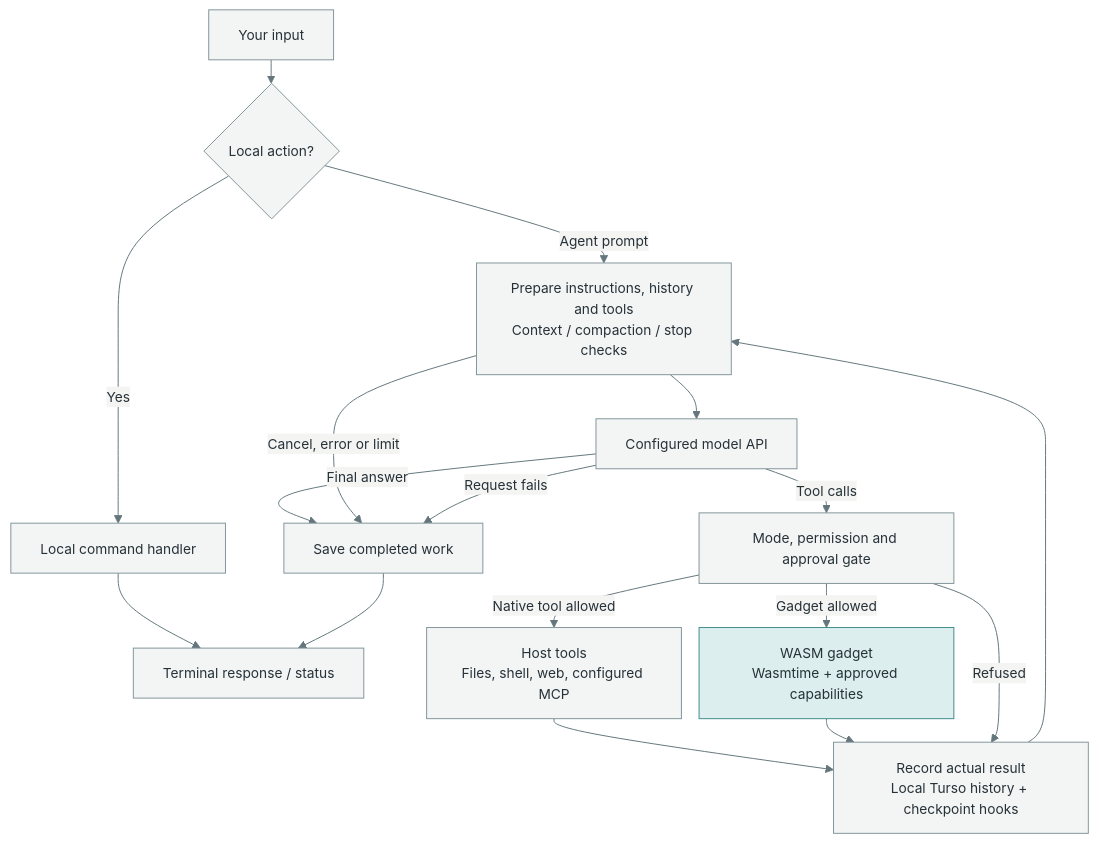
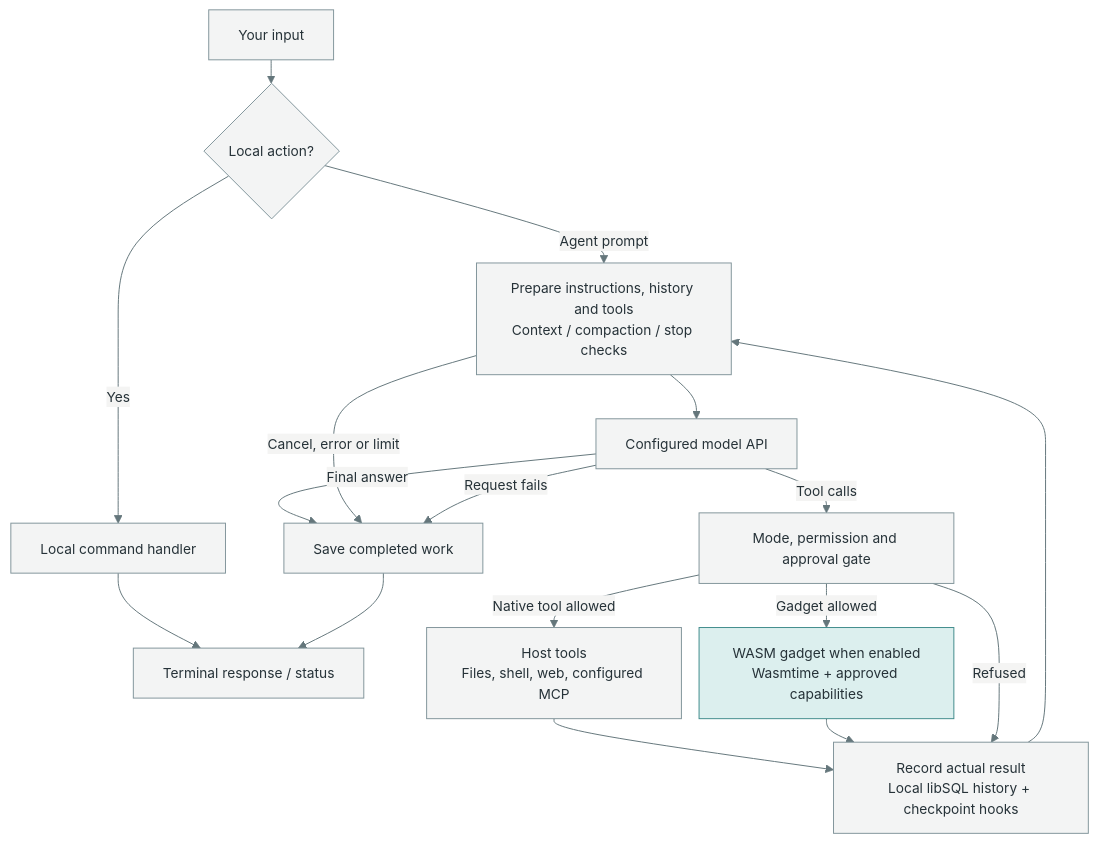
Before and after one commit to kaobei-alabo/craftsman-harness: the first of 3 diagrams in README.md, drawn with Mermaid. The commit also changed other lines of this file and 1 other file, not shown here.

Commit message:
privacy: share ordinary gadget I/O task layout and narrow README claims

````diff
--- a/README.md
+++ b/README.md
@@ -24,22 +24,22 @@
 ```mermaid
 %%{init: {"theme":"base","themeVariables":{"primaryColor":"#f3f4f4","primaryTextColor":"#263238","primaryBorderColor":"#82959b","lineColor":"#64767b","fontFamily":"sans-serif","fontSize":"14px"},"flowchart":{"nodeSpacing":18,"rankSpacing":24}}}%%
 flowchart TD
     Q["Your input"] --> R{"Local action?"}
     R -->|Yes| C["Local command handler"]
     C --> O["Terminal response / status"]
     R -->|Agent prompt| P["Prepare instructions, history and tools<br/>Context / compaction / stop checks"]
     P --> M["Configured model API"]
     M -->|Final answer| S["Save completed work"]
     S --> O
     M -->|Tool calls| G["Mode, permission and approval gate"]
     G -->|Native tool allowed| N["Host tools<br/>Files, shell, web, configured MCP"]
-    G -->|Gadget allowed| W["WASM gadget<br/>Wasmtime + approved capabilities"]
-    N --> H["Record actual result<br/>Local Turso history + checkpoint hooks"]
+    G -->|Gadget allowed| W["WASM gadget when enabled<br/>Wasmtime + approved capabilities"]
+    N --> H["Record actual result<br/>Local libSQL history + checkpoint hooks"]
     W --> H
     G -->|Refused| H
     H --> P
     P -->|Cancel, error or limit| S
     M -->|Request fails| S
     classDef wasm fill:#dcefee,stroke:#408b8b,color:#263238;
     class W wasm;
 ```
````
